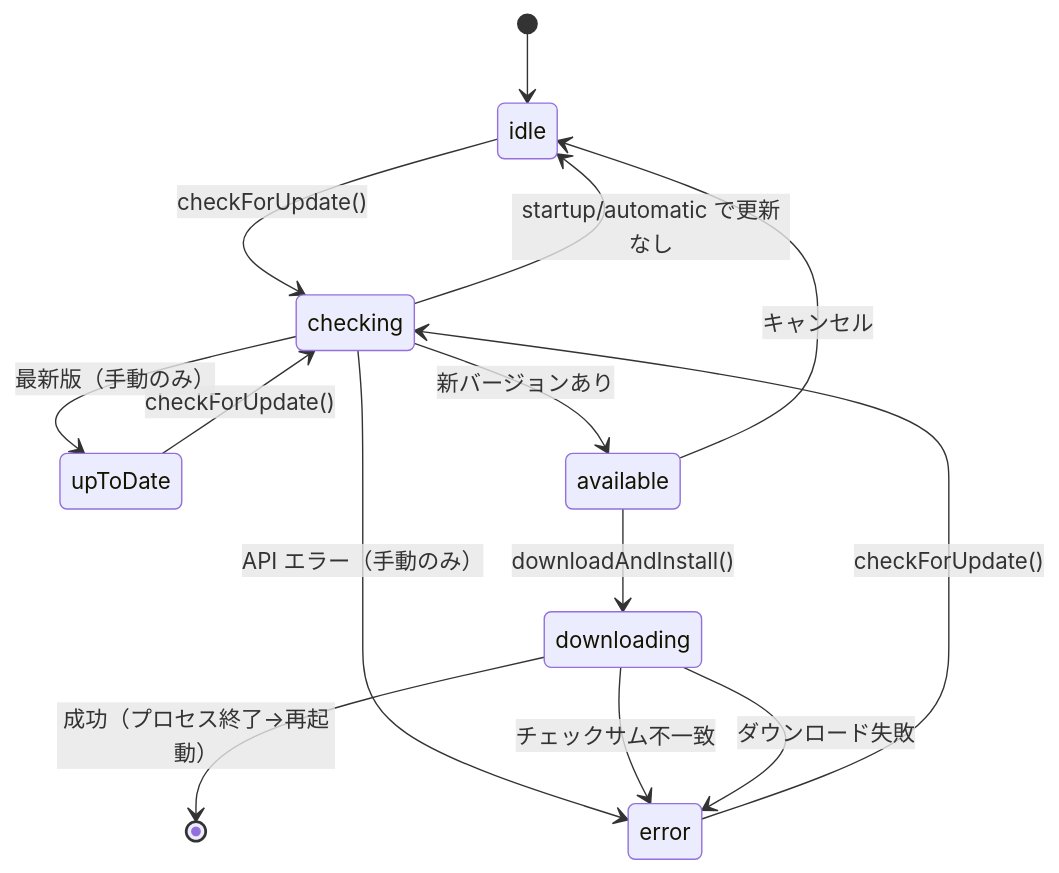
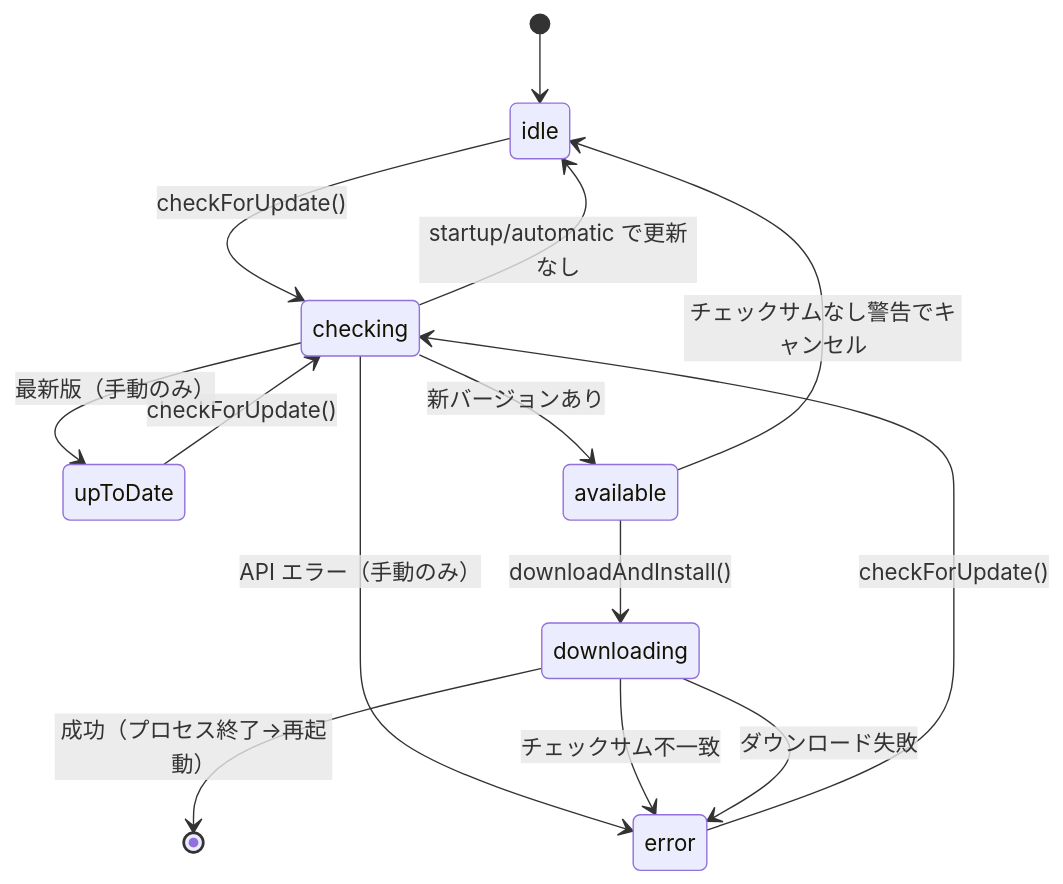
The first of 3 diagrams in docs/guide/update-and-restore.md (shiroemons/sobani), drawn with Mermaid before and after one commit. The commit also changed other lines of this file and 3 other files, not shown here.

````diff
--- a/docs/guide/update-and-restore.md
+++ b/docs/guide/update-and-restore.md
@@ -24,19 +24,19 @@
 ```mermaid
 stateDiagram-v2
     [*] --> idle
     idle --> checking : checkForUpdate()
     upToDate --> checking : checkForUpdate()
     error --> checking : checkForUpdate()
 
     checking --> available : 新バージョンあり
     checking --> upToDate : 最新版（手動のみ）
     checking --> error : API エラー（手動のみ）
     checking --> idle : startup/automatic で更新なし
 
     available --> downloading : downloadAndInstall()
-    available --> idle : キャンセル
+    available --> idle : チェックサムなし警告でキャンセル
 
     downloading --> [*] : 成功（プロセス終了→再起動）
     downloading --> error : チェックサム不一致
     downloading --> error : ダウンロード失敗
 ```
````
